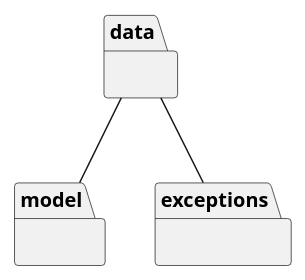
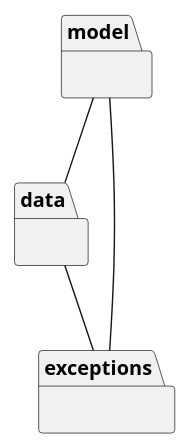
One commit to giuseppesalvi/ezshop changed the first of 28 diagrams in Deliverables/DesignDocument.md. Above: the diagram before and after it, drawn with PlantUML. The commit also changed other lines of this file, not shown here.

````diff
--- a/Deliverables/DesignDocument.md
+++ b/Deliverables/DesignDocument.md
@@ -35,9 +37,10 @@
 ```plantuml
 @startuml
 package data{}
 package model{}
 package exceptions{}
-data -- model
+model -- data
 data -- exceptions
+model -- exceptions
 @enduml
 ```
````
